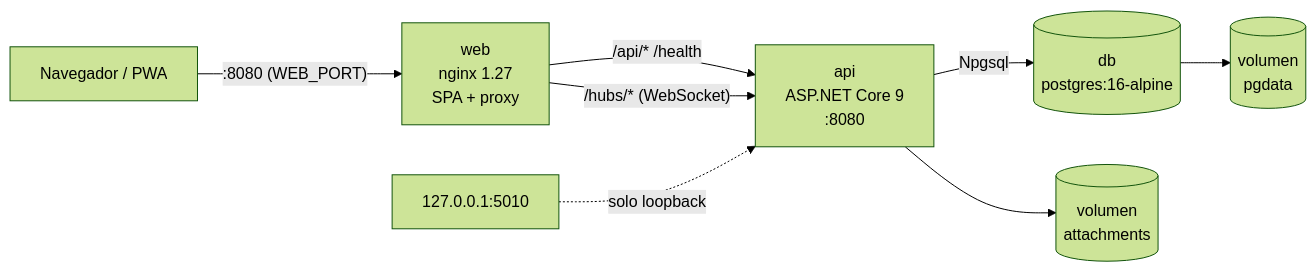
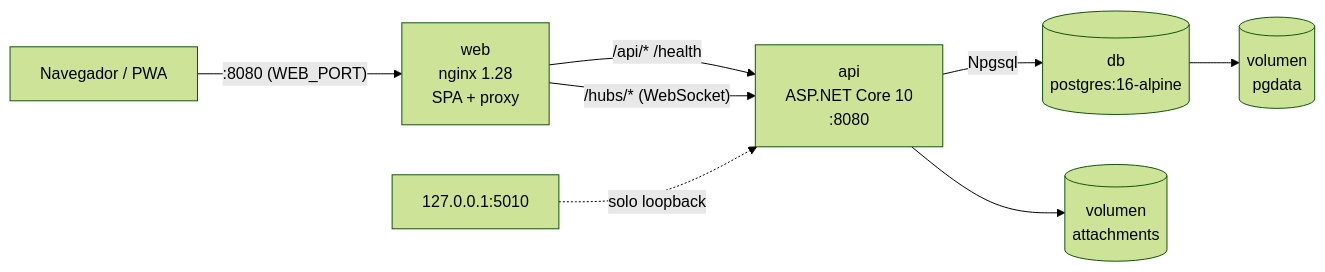
The first of 3 diagrams in docs/DEPLOYMENT.md (ludwigramirez-source/projectM), drawn with Mermaid (forest theme) before and after one commit. The commit also changed other lines of this file and 9 other files, not shown here.

````diff
--- a/docs/DEPLOYMENT.md
+++ b/docs/DEPLOYMENT.md
@@ -18,10 +18,10 @@
 ```mermaid
 flowchart LR
-  U[Navegador / PWA] -->|":8080 (WEB_PORT)"| W["web<br/>nginx 1.27<br/>SPA + proxy"]
-  W -->|"/api/*  /health"| A["api<br/>ASP.NET Core 9<br/>:8080"]
+  U[Navegador / PWA] -->|":8080 (WEB_PORT)"| W["web<br/>nginx 1.28<br/>SPA + proxy"]
+  W -->|"/api/*  /health"| A["api<br/>ASP.NET Core 10<br/>:8080"]
   W -->|"/hubs/* (WebSocket)"| A
   A -->|Npgsql| D[("db<br/>postgres:16-alpine")]
   A --> V[("volumen<br/>attachments")]
   D --> P[("volumen<br/>pgdata")]
   H["127.0.0.1:5010"] -.->|"solo loopback"| A
 ```
````
